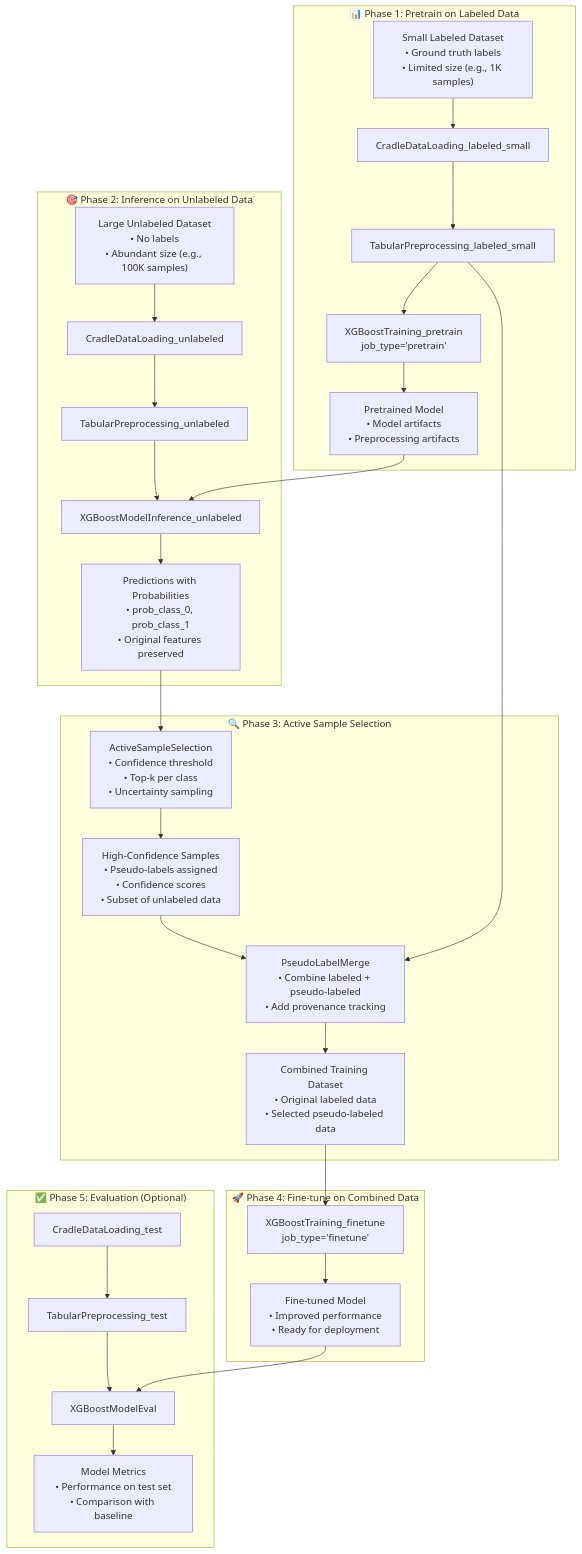
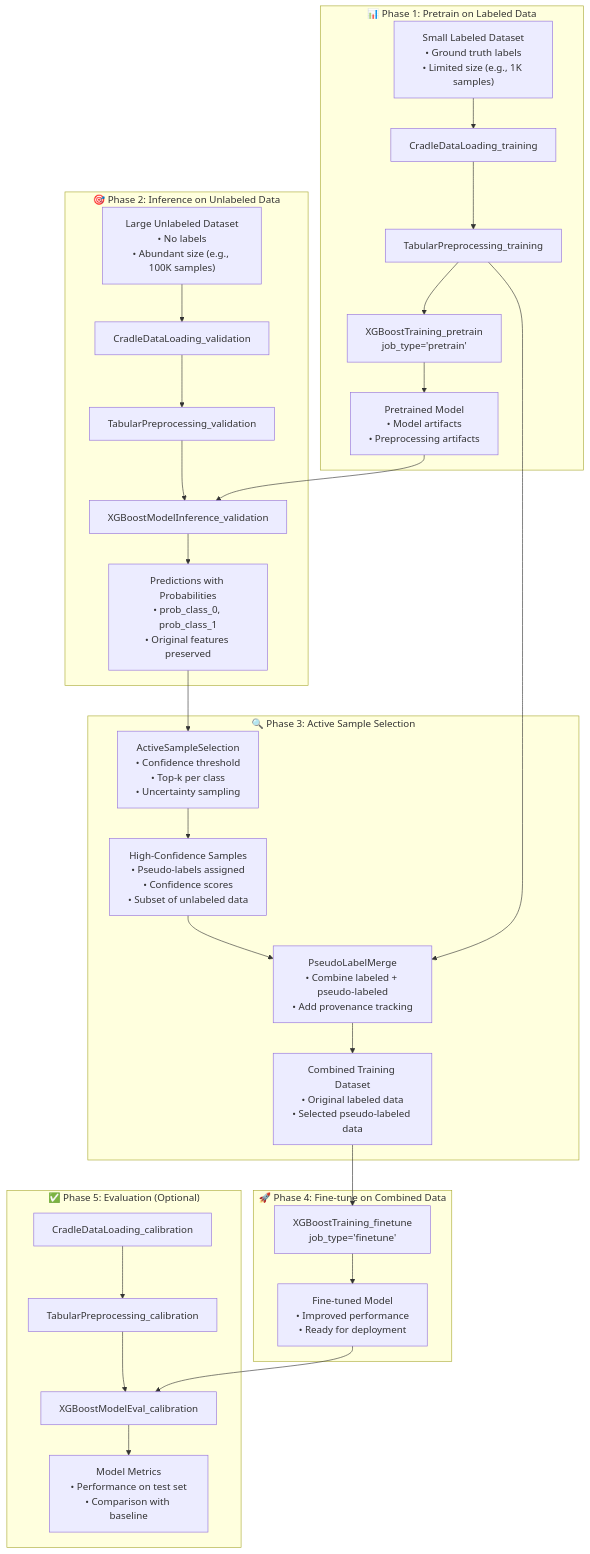
The diagram in slipbox/1_design/xgboost_semi_supervised_learning_pipeline_design.md (TianpeiLuke/cursus), drawn with Mermaid before and after one commit. The commit also changed other lines of this file and 8 other files, not shown here.

````diff
--- a/slipbox/1_design/xgboost_semi_supervised_learning_pipeline_design.md
+++ b/slipbox/1_design/xgboost_semi_supervised_learning_pipeline_design.md
@@ -53,62 +53,62 @@
 ```mermaid
 graph TD
     subgraph "📊 Phase 1: Pretrain on Labeled Data"
         LabeledSmall["Small Labeled Dataset<br/>• Ground truth labels<br/>• Limited size (e.g., 1K samples)"]
-        LoadLabeled["CradleDataLoading_labeled_small"]
-        PreprocLabeled["TabularPreprocessing_labeled_small"]
+        LoadLabeled["CradleDataLoading_training"]
+        PreprocLabeled["TabularPreprocessing_training"]
         Pretrain["XGBoostTraining_pretrain<br/>job_type='pretrain'"]
         PretrainModel["Pretrained Model<br/>• Model artifacts<br/>• Preprocessing artifacts"]
     end
     
     subgraph "🎯 Phase 2: Inference on Unlabeled Data"
         UnlabeledLarge["Large Unlabeled Dataset<br/>• No labels<br/>• Abundant size (e.g., 100K samples)"]
-        LoadUnlabeled["CradleDataLoading_unlabeled"]
-        PreprocUnlabeled["TabularPreprocessing_unlabeled"]
-        Inference["XGBoostModelInference_unlabeled"]
+        LoadUnlabeled["CradleDataLoading_validation"]
+        PreprocUnlabeled["TabularPreprocessing_validation"]
+        Inference["XGBoostModelInference_validation"]
         Predictions["Predictions with Probabilities<br/>• prob_class_0, prob_class_1<br/>• Original features preserved"]
     end
     
     subgraph "🔍 Phase 3: Active Sample Selection"
         Selection["ActiveSampleSelection<br/>• Confidence threshold<br/>• Top-k per class<br/>• Uncertainty sampling"]
         PseudoLabeled["High-Confidence Samples<br/>• Pseudo-labels assigned<br/>• Confidence scores<br/>• Subset of unlabeled data"]
         Merge["PseudoLabelMerge<br/>• Combine labeled + pseudo-labeled<br/>• Add provenance tracking"]
         Combined["Combined Training Dataset<br/>• Original labeled data<br/>• Selected pseudo-labeled data"]
     end
     
     subgraph "🚀 Phase 4: Fine-tune on Combined Data"
         Finetune["XGBoostTraining_finetune<br/>job_type='finetune'"]
         FinalModel["Fine-tuned Model<br/>• Improved performance<br/>• Ready for deployment"]
     end
     
     subgraph "✅ Phase 5: Evaluation (Optional)"
-        LoadTest["CradleDataLoading_test"]
-        PreprocTest["TabularPreprocessing_test"]
-        Eval["XGBoostModelEval"]
+        LoadTest["CradleDataLoading_calibration"]
+        PreprocTest["TabularPreprocessing_calibration"]
+        Eval["XGBoostModelEval_calibration"]
         Metrics["Model Metrics<br/>• Performance on test set<br/>• Comparison with baseline"]
     end
     
     LabeledSmall --> LoadLabeled
     LoadLabeled --> PreprocLabeled
     PreprocLabeled --> Pretrain
     Pretrain --> PretrainModel
     
     UnlabeledLarge --> LoadUnlabeled
     LoadUnlabeled --> PreprocUnlabeled
     PreprocUnlabeled --> Inference
     PretrainModel --> Inference
     Inference --> Predictions
     
     Predictions --> Selection
     Selection --> PseudoLabeled
     PseudoLabeled --> Merge
     PreprocLabeled --> Merge
     Merge --> Combined
     
     Combined --> Finetune
     Finetune --> FinalModel
     
     LoadTest --> PreprocTest
     PreprocTest --> Eval
     FinalModel --> Eval
     Eval --> Metrics
 ```
````
